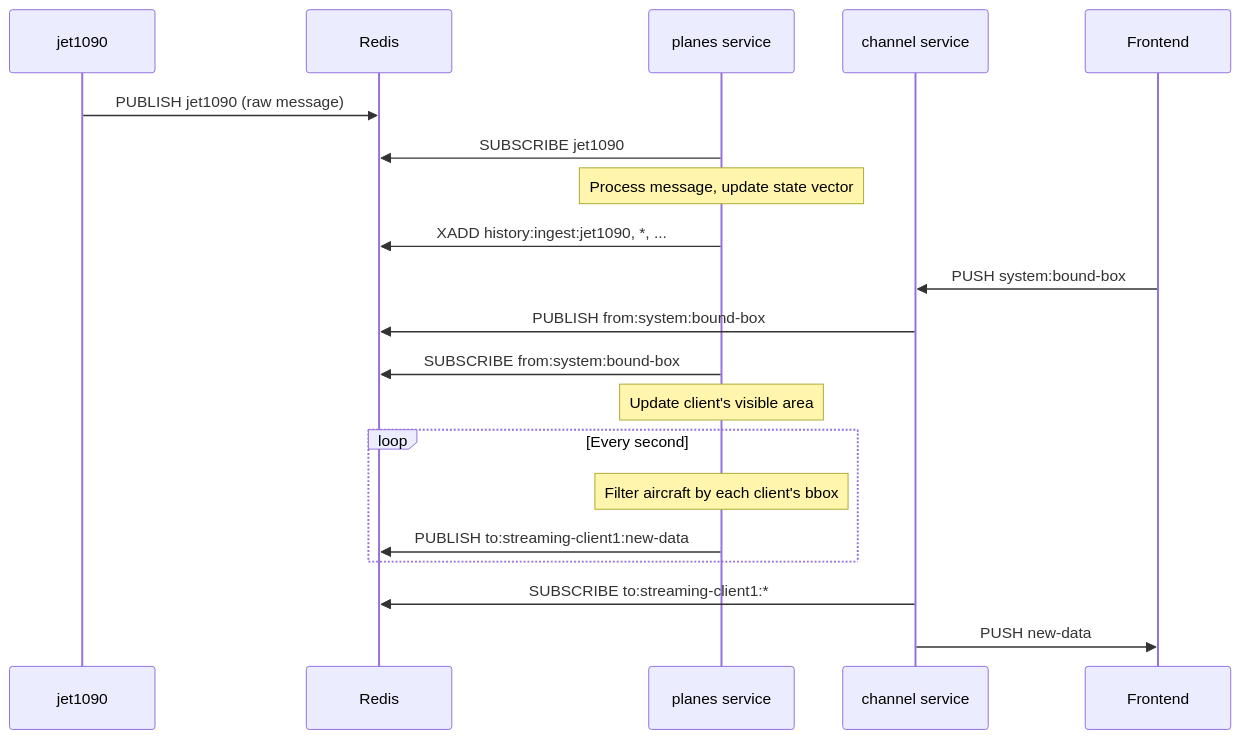
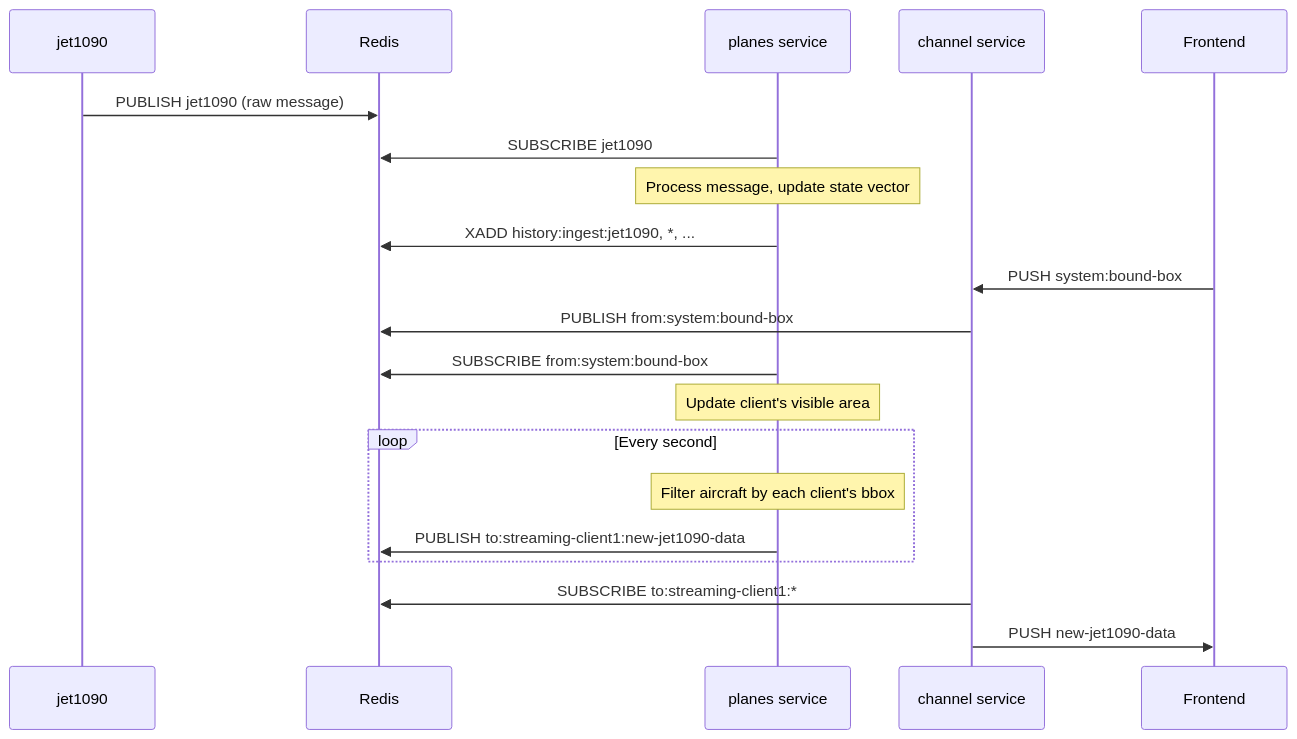
The diagram in docs/plugins/jet1090.md (open-aviation/tangram), drawn with Mermaid before and after one commit. The commit also changed other lines of this file and 5 other files, not shown here.

````diff
--- a/docs/plugins/jet1090.md
+++ b/docs/plugins/jet1090.md
@@ -17,26 +17,26 @@
 ```mermaid
 sequenceDiagram
     participant J as jet1090
     participant R as Redis
     participant P as planes service
     participant C as channel service
     participant F as Frontend
 
     J->>R: PUBLISH jet1090 (raw message)
     P->>R: SUBSCRIBE jet1090
     Note over P: Process message, update state vector
     P->>R: XADD history:ingest:jet1090, *, ...
 
     F->>C: PUSH system:bound-box
     C->>R: PUBLISH from:system:bound-box
     P->>R: SUBSCRIBE from:system:bound-box
     Note over P: Update client's visible area
 
     loop Every second
         Note over P: Filter aircraft by each client's bbox
-        P->>R: PUBLISH to:streaming-client1:new-data
+        P->>R: PUBLISH to:streaming-client1:new-jet1090-data
     end
 
     C->>R: SUBSCRIBE to:streaming-client1:*
-    C->>F: PUSH new-data
+    C->>F: PUSH new-jet1090-data
 ```
````
